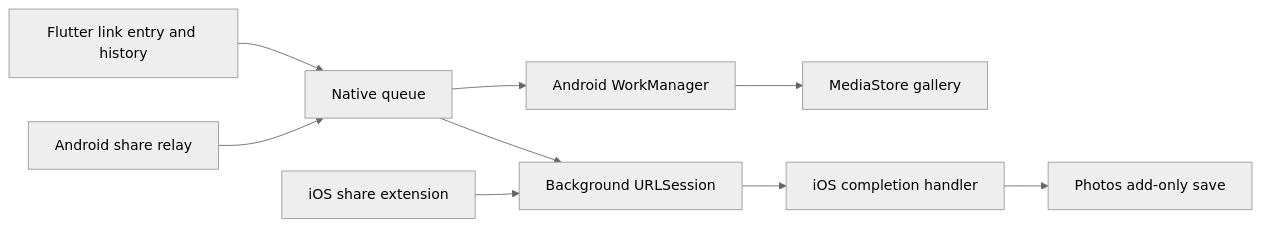
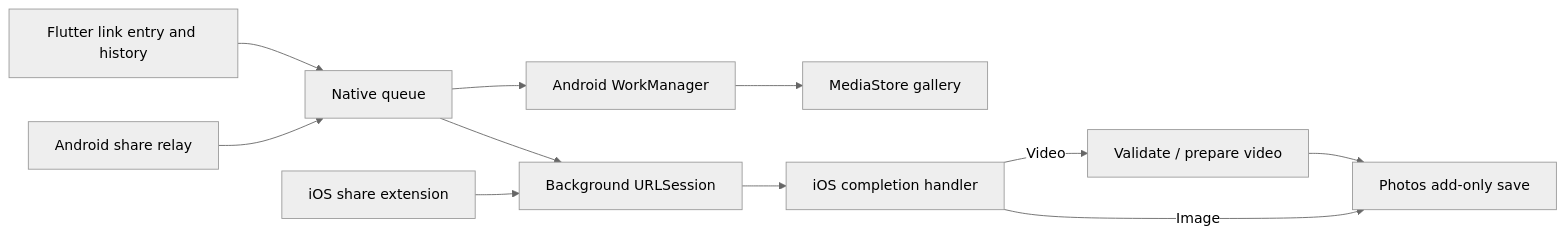
Before and after one commit to stardewjames/maiDL: the diagram in README.md, drawn with Mermaid (neutral theme). The commit also changed other lines of this file and 1 other file, not shown here.

Commit message:
Fix rotated video fixture and document iOS video preparation

````diff
--- a/README.md
+++ b/README.md
@@ -74,11 +91,13 @@
 ```mermaid
 flowchart LR
     UI[Flutter link entry and history] --> Native[Native queue]
     AndroidShare[Android share relay] --> Native
     IOSShare[iOS share extension] --> Session[Background URLSession]
     Native --> Worker[Android WorkManager]
     Native --> Session
     Worker --> Store[MediaStore gallery]
     Session --> Completion[iOS completion handler]
-    Completion --> Photos[Photos add-only save]
+    Completion -->|Video| Preparation[Validate / prepare video]
+    Completion -->|Image| Photos[Photos add-only save]
+    Preparation --> Photos
 ```
````
